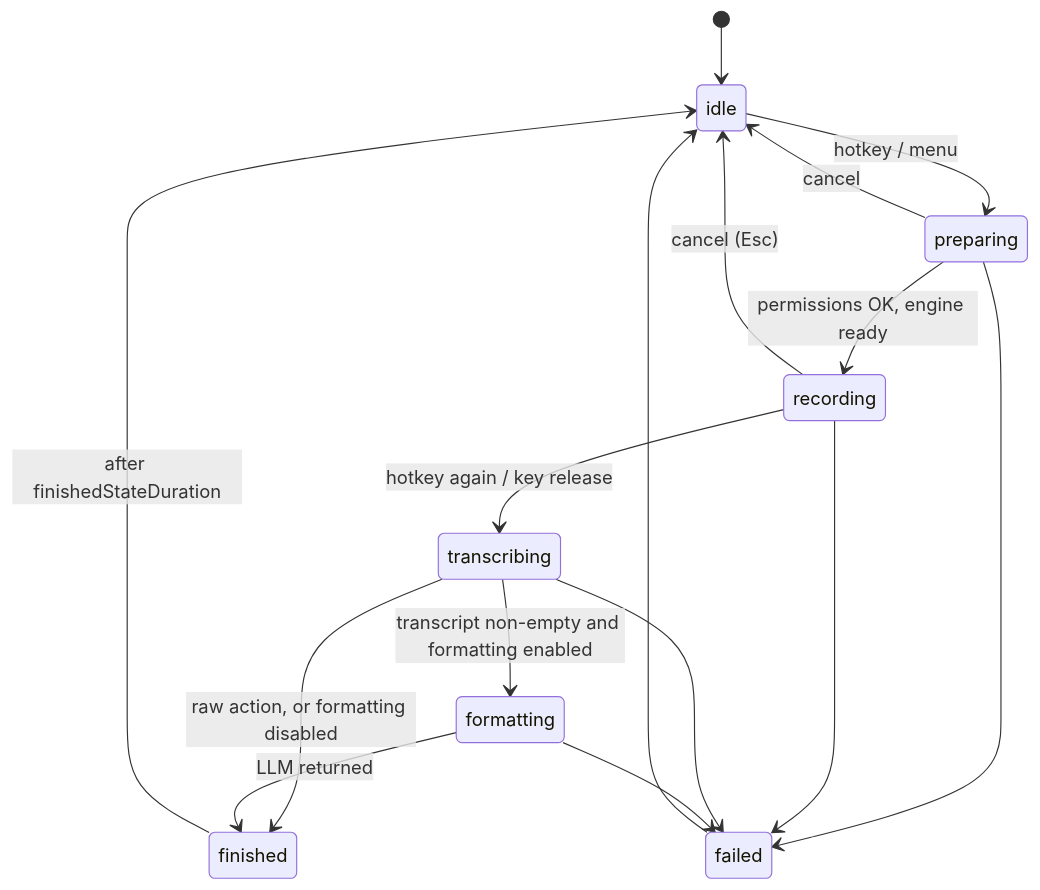
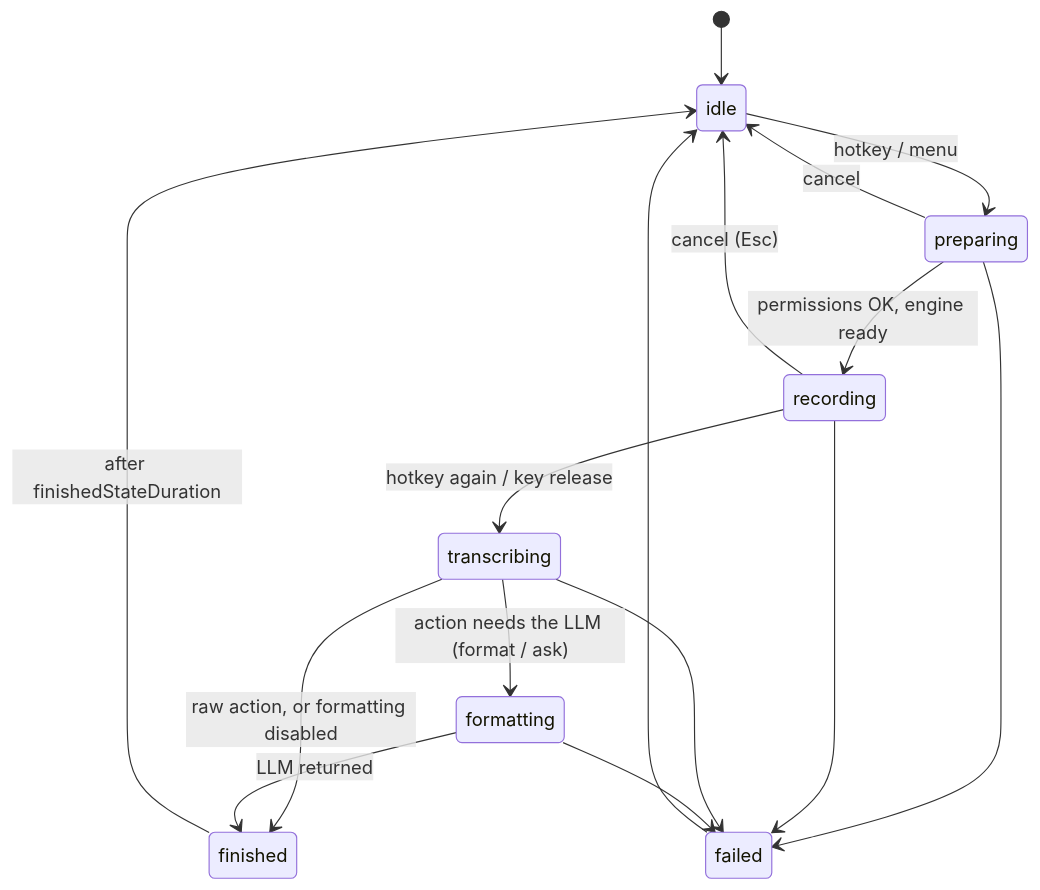
Before and after one commit to KumatoraTiger/voice-input: the second of 2 diagrams in docs/ARCHITECTURE.md, drawn with Mermaid. The commit also changed other lines of this file and 25 other files, not shown here.

````diff
--- a/docs/ARCHITECTURE.md
+++ b/docs/ARCHITECTURE.md
@@ -82,18 +82,18 @@
 ```mermaid
 stateDiagram-v2
     [*] --> idle
     idle --> preparing: hotkey / menu
     preparing --> recording: permissions OK, engine ready
     recording --> transcribing: hotkey again / key release
-    transcribing --> formatting: transcript non-empty and formatting enabled
+    transcribing --> formatting: action needs the LLM (format / ask)
     transcribing --> finished: raw action, or formatting disabled
     formatting --> finished: LLM returned
     finished --> idle: after finishedStateDuration
     preparing --> failed
     recording --> failed
     transcribing --> failed
     formatting --> failed
     failed --> idle
     recording --> idle: cancel (Esc)
     preparing --> idle: cancel
 ```
````
